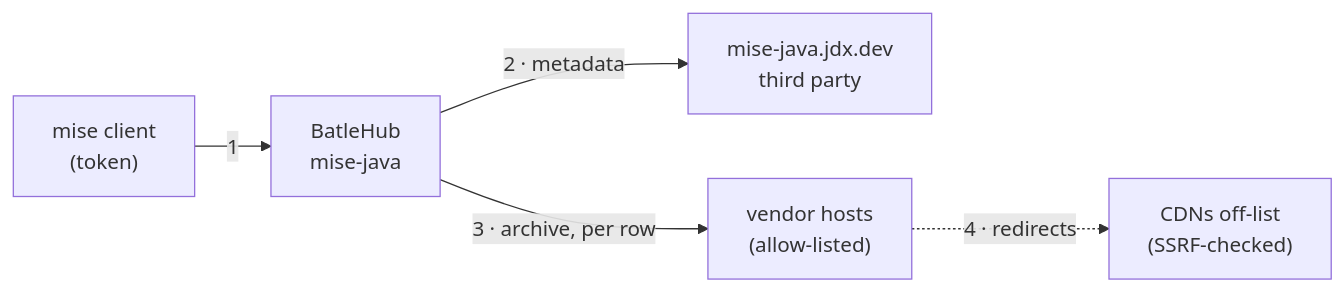
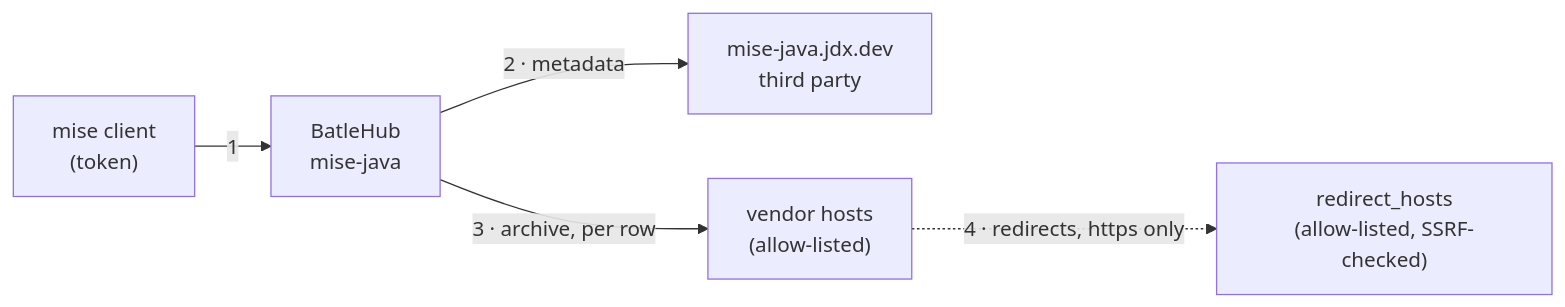
One commit to batlehub/batlehub changed the fourth of 4 diagrams in docs/rfc/0048-mise-core-toolchains.md. Above: the diagram before and after it, drawn with Mermaid. The commit also changed other lines of this file and 2 other files, not shown here.

````diff
--- a/docs/rfc/0048-mise-core-toolchains.md
+++ b/docs/rfc/0048-mise-core-toolchains.md
@@ -714,7 +897,7 @@
 ```mermaid
 flowchart LR
     C["mise client<br/>(token)"] -->|"1"| B["BatleHub<br/>mise-java"]
     B -->|"2 · metadata"| J["mise-java.jdx.dev<br/>third party"]
     B -->|"3 · archive, per row"| V["vendor hosts<br/>(allow-listed)"]
-    V -.->|"4 · redirects"| R["CDNs off-list<br/>(SSRF-checked)"]
+    V -.->|"4 · redirects, https only"| R["redirect_hosts<br/>(allow-listed, SSRF-checked)"]
 ```
````
